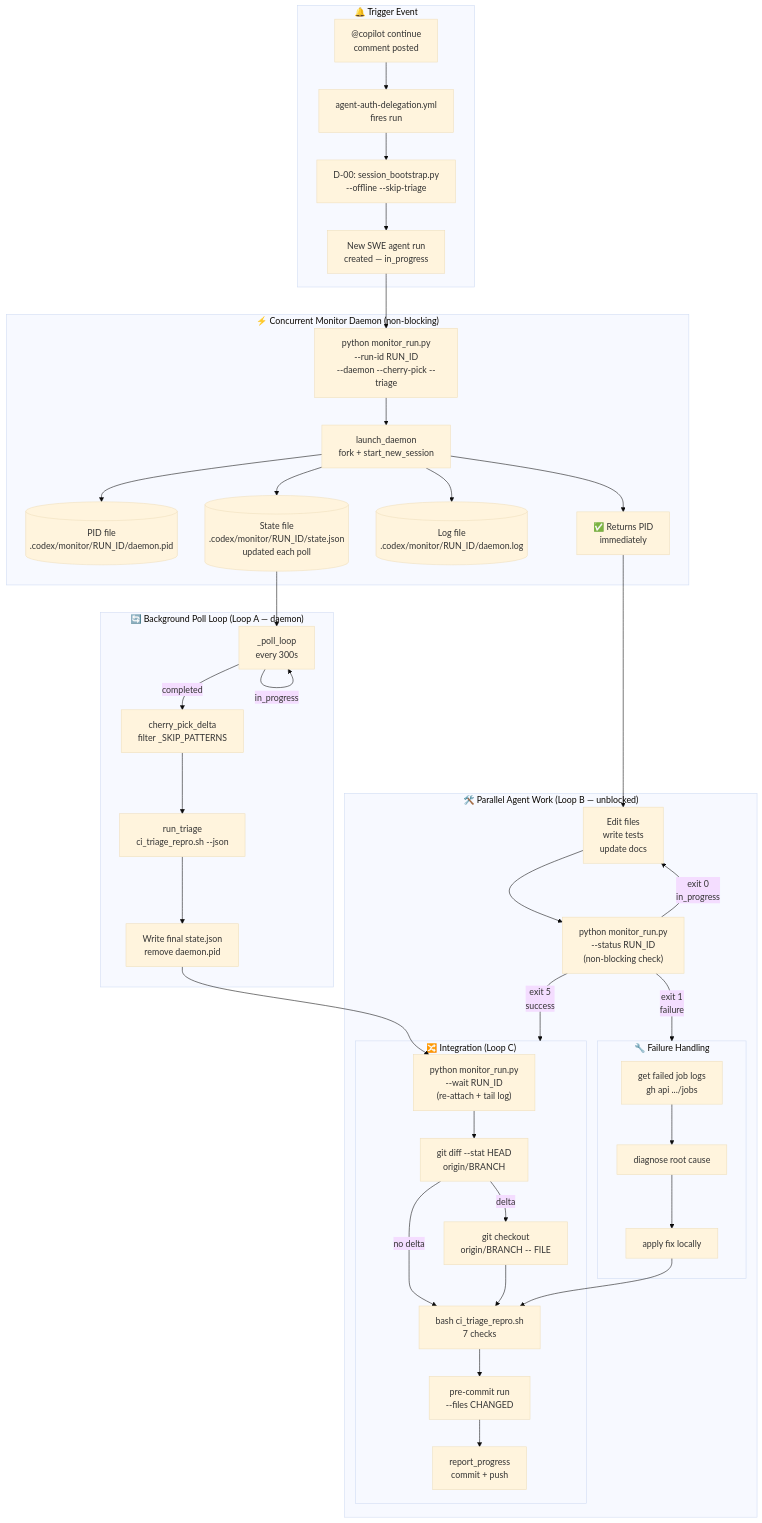
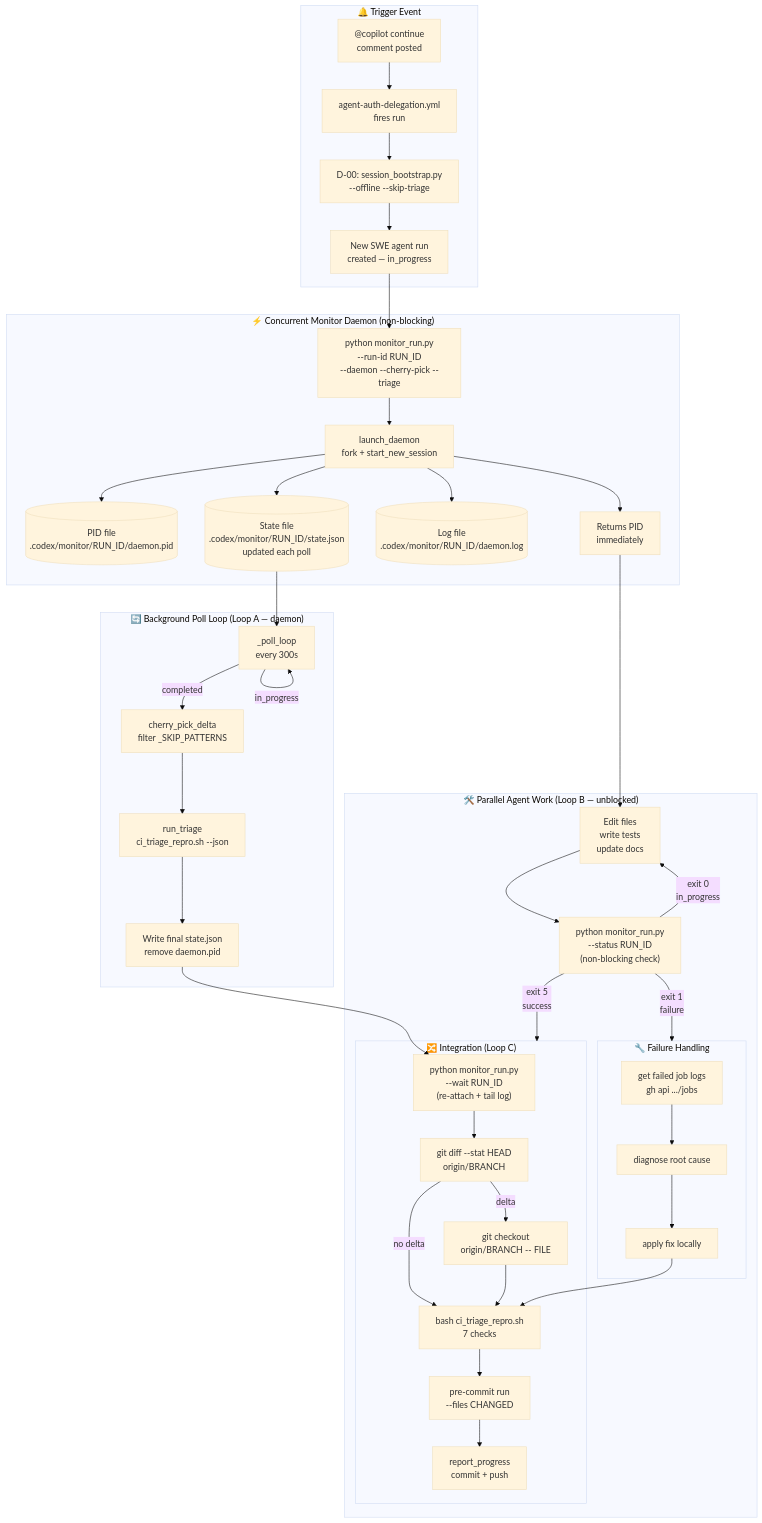
Before and after one commit to Aries-Serpent/_codex_: the diagram in docs/ci/CONCURRENT_MONITOR_CHERRY_PICK_REPRO.md, drawn with Mermaid (base theme). The commit also changed other lines of this file and 2029 other files, not shown here.

````diff
--- a/docs/ci/CONCURRENT_MONITOR_CHERRY_PICK_REPRO.md
+++ b/docs/ci/CONCURRENT_MONITOR_CHERRY_PICK_REPRO.md
@@ -11,50 +13,50 @@
 ```mermaid
 %%{init: {'accessibility': {'title': 'Flowchart showing "🔔 Trigger Event", "@copilot continue\ncomment posted"'}}%%
 flowchart TD
     subgraph TRIGGER["🔔 Trigger Event"]
         T1["@copilot continue\ncomment posted"] --> T2[agent-auth-delegation.yml\nfires run]
         T2 --> T3[D-00: session_bootstrap.py\n--offline --skip-triage]
         T3 --> T4[New SWE agent run\ncreated — in_progress]
     end
 
     subgraph DAEMON["⚡ Concurrent Monitor Daemon  (non-blocking)"]
         T4 --> D1["python monitor_run.py\n--run-id RUN_ID\n--daemon --cherry-pick --triage"]
         D1 --> D2[launch_daemon\nfork + start_new_session]
         D2 --> D3[(PID file\n.codex/monitor/RUN_ID/daemon.pid)]
         D2 --> D4[(State file\n.codex/monitor/RUN_ID/state.json\nupdated each poll)]
         D2 --> D5[(Log file\n.codex/monitor/RUN_ID/daemon.log)]
-        D2 --> D6["✅ Returns PID\nimmediately"]
+        D2 --> D6[" Returns PID\nimmediately"]
     end
 
     subgraph PARALLEL["🛠️  Parallel Agent Work  (Loop B — unblocked)"]
         D6 --> P1[Edit files\nwrite tests\nupdate docs]
         P1 --> P2["python monitor_run.py\n--status RUN_ID\n(non-blocking check)"]
         P2 -->|"exit 0\nin_progress"| P1
         P2 -->|"exit 5\nsuccess"| INT
         P2 -->|"exit 1\nfailure"| FIX
     end
 
     subgraph POLL["🔄 Background Poll Loop  (Loop A — daemon)"]
         D4 --> PL1[_poll_loop\nevery 300s]
         PL1 -->|in_progress| PL1
         PL1 -->|completed| PL2[cherry_pick_delta\nfilter _SKIP_PATTERNS]
         PL2 --> PL3[run_triage\nci_triage_repro.sh --json]
         PL3 --> PL4[Write final state.json\nremove daemon.pid]
     end
 
     subgraph INT["🔀 Integration  (Loop C)"]
         PL4 --> I1["python monitor_run.py\n--wait RUN_ID\n(re-attach + tail log)"]
         I1 --> I2[git diff --stat HEAD\norigin/BRANCH]
         I2 -->|"no delta"| I4
         I2 -->|"delta"| I3[git checkout\norigin/BRANCH -- FILE]
         I3 --> I4[bash ci_triage_repro.sh\n7 checks]
         I4 --> I5[pre-commit run\n--files CHANGED]
         I5 --> I6[report_progress\ncommit + push]
     end
 
     subgraph FIX["🔧 Failure Handling"]
         F1[get failed job logs\ngh api .../jobs] --> F2[diagnose root cause]
         F2 --> F3[apply fix locally]
         F3 --> I4
     end
 ```
````
